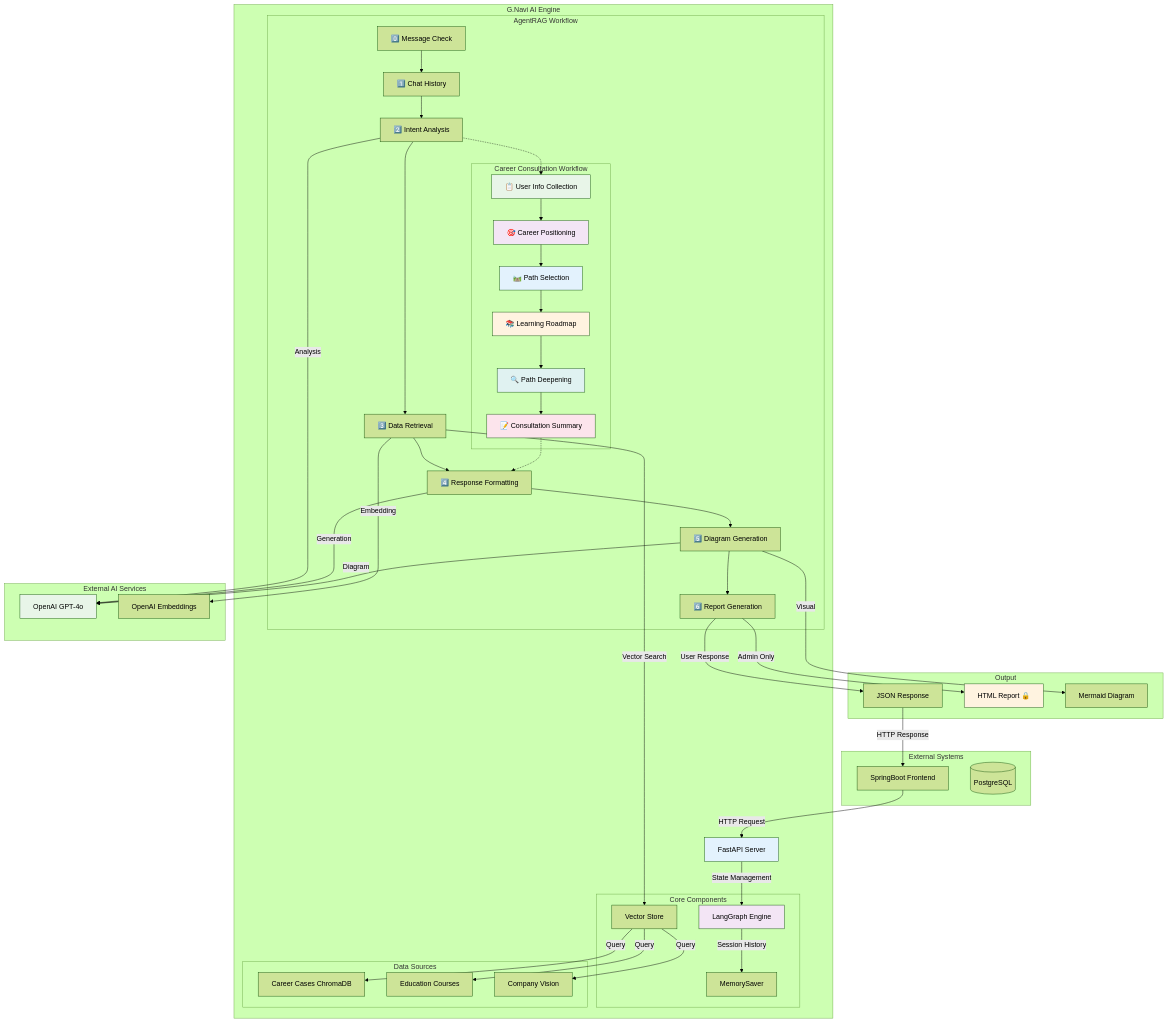
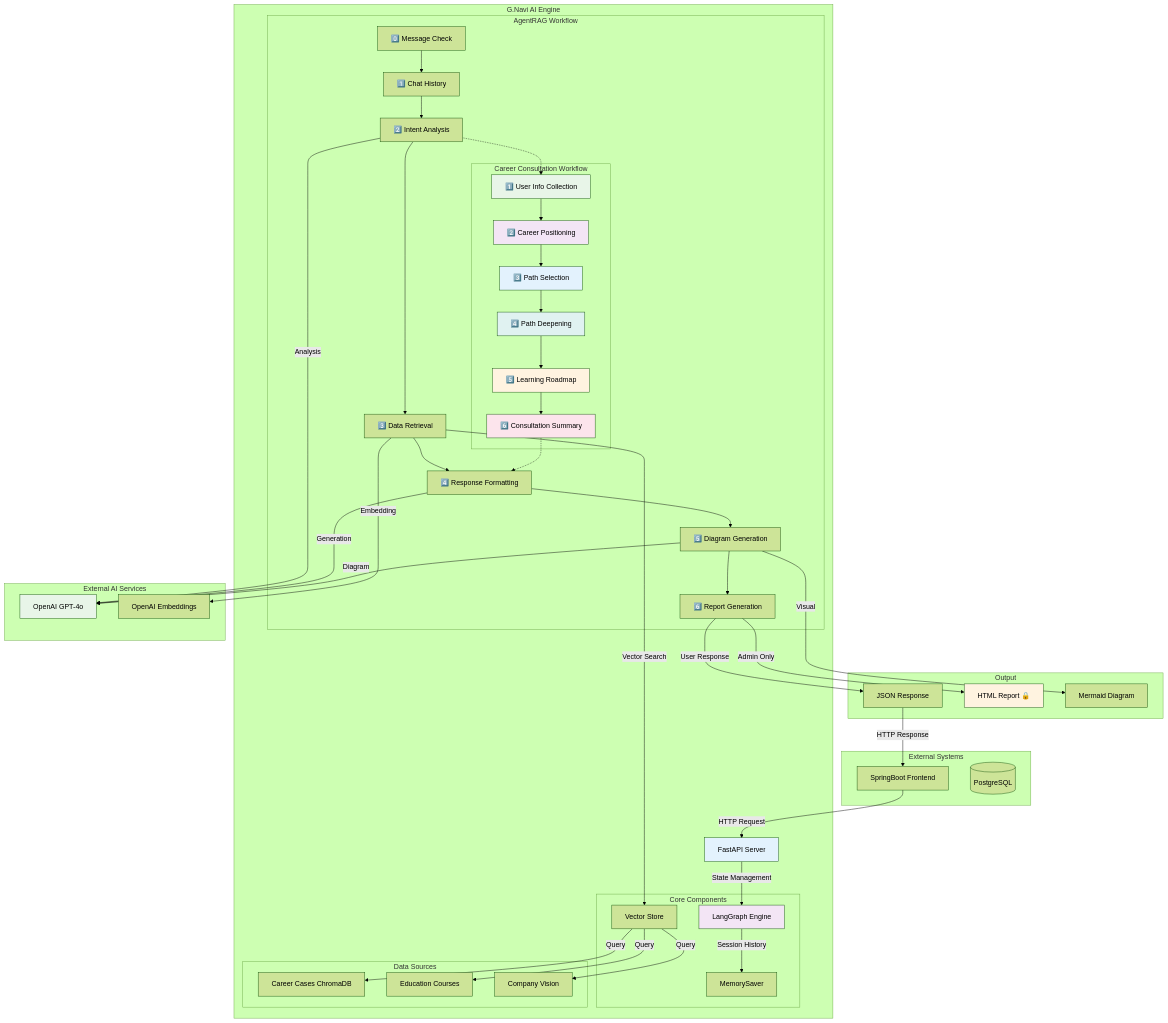
The first of 5 diagrams in README.md (SK4toB/g-navi-ai-api), drawn with Mermaid (forest theme) before and after one commit. The commit also changed other lines of this file, not shown here.

Commit message:
다이어그램 README.md 수정

```diff
--- a/README.md
+++ b/README.md
@@ -94,12 +94,12 @@
             RG[6️⃣ Report Generation]
             
             subgraph "Career Consultation Workflow"
-                UIC[📋 User Info Collection]
-                CP[🎯 Career Positioning]
-                PS[🛤️ Path Selection]
-                LR[📚 Learning Roadmap]
-                PD[🔍 Path Deepening]
-                CS[📝 Consultation Summary]
+                UIC[1️⃣ User Info Collection]
+                CP[2️⃣ Career Positioning]
+                PS[3️⃣ Path Selection]
+                PD[4️⃣ Path Deepening]
+                LR[5️⃣ Learning Roadmap]
+                CS[6️⃣ Consultation Summary]
             end
             
             MC --> CH
@@ -113,9 +113,9 @@
             IA -.-> UIC
             UIC --> CP
             CP --> PS
-            PS --> LR
-            LR --> PD
-            PD --> CS
+            PS --> PD
+            PD --> LR
+            LR --> CS
             CS -.-> RF
         end
         
```
